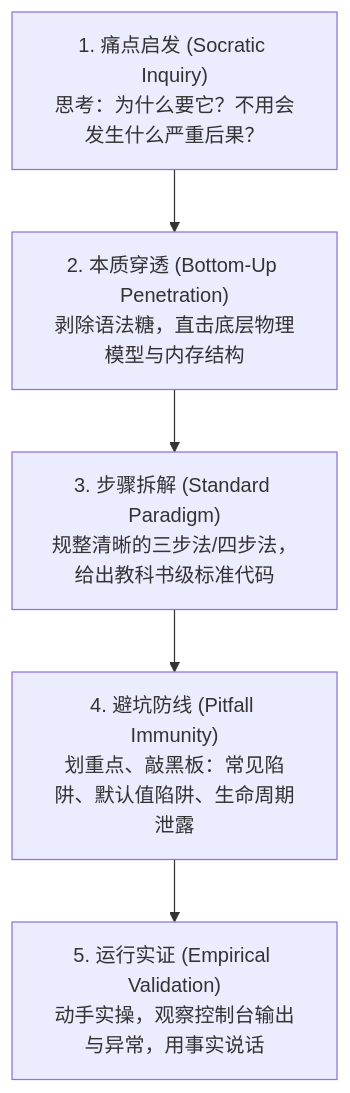
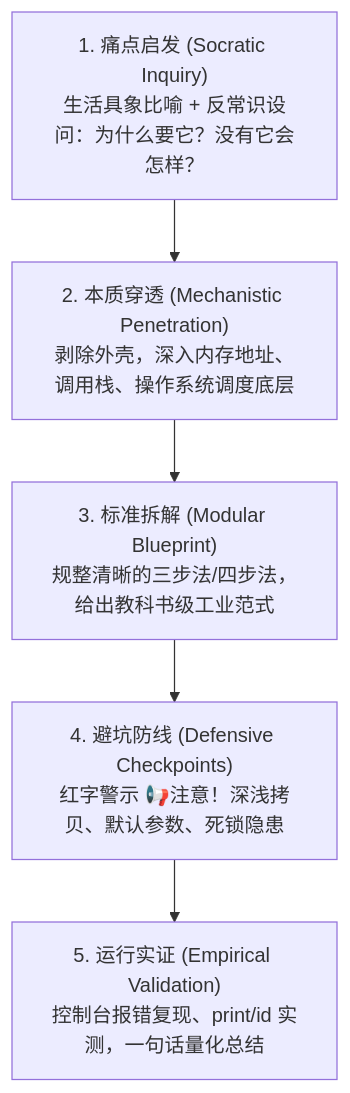
One commit to yanyu03/DSHA-Anty changed the diagram in docs/TEACHER_YANG_DISTILLATION.md. Above: the diagram before and after it, drawn with Mermaid. The commit also changed other lines of this file and 2 other files, not shown here.

````diff
--- a/docs/TEACHER_YANG_DISTILLATION.md
+++ b/docs/TEACHER_YANG_DISTILLATION.md
@@ -32,7 +81,10 @@
 ```mermaid
 flowchart TD
-    Step1["1. 痛点启发 (Socratic Inquiry)<br>思考：为什么要它？不用会发生什么严重后果？"] --> Step2["2. 本质穿透 (Bottom-Up Penetration)<br>剥除语法糖，直击底层物理模型与内存结构"]
-    Step2 --> Step3["3. 步骤拆解 (Standard Paradigm)<br>规整清晰的三步法/四步法，给出教科书级标准代码"]
-    Step3 --> Step4["4. 避坑防线 (Pitfall Immunity)<br>划重点、敲黑板：常见陷阱、默认值陷阱、生命周期泄露"]
-    Step4 --> Step5["5. 运行实证 (Empirical Validation)<br>动手实操，观察控制台输出与异常，用事实说话"]
+    Step1["1. 痛点启发 (Socratic Inquiry)<br>生活具象比喻 + 反常识设问：为什么要它？没有它会怎样？"]
+    Step2["2. 本质穿透 (Mechanistic Penetration)<br>剥除外壳，深入内存地址、调用栈、操作系统调度底层"]
+    Step3["3. 标准拆解 (Modular Blueprint)<br>规整清晰的三步法/四步法，给出教科书级工业范式"]
+    Step4["4. 避坑防线 (Defensive Checkpoints)<br>红字警示 📢注意！深浅拷贝、默认参数、死锁隐患"]
+    Step5["5. 运行实证 (Empirical Validation)<br>控制台报错复现、print/id 实测，一句话量化总结"]
+    
+    Step1 --> Step2 --> Step3 --> Step4 --> Step5
 ```
````
